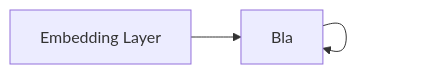
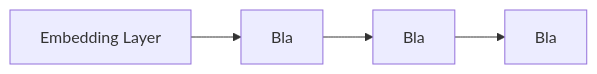
One commit to eisenjulian/nlp_estimator_tutorial changed the diagram in blog.md. Above: the diagram before and after it, drawn with Mermaid. The commit also changed other lines of this file, not shown here.

Commit message:
Uploaded by https://stackedit.io/

````diff
--- a/blog.md
+++ b/blog.md
@@ -136,7 +136,7 @@
 ```mermaid
 graph LR
     id1[Embedding Layer] 
     --> id2[Bla]
-    --> id2[Bla]
-    --> id2[Bla]
+    --> id3[Bla]
+    --> id4[Bla]
 ```
````
